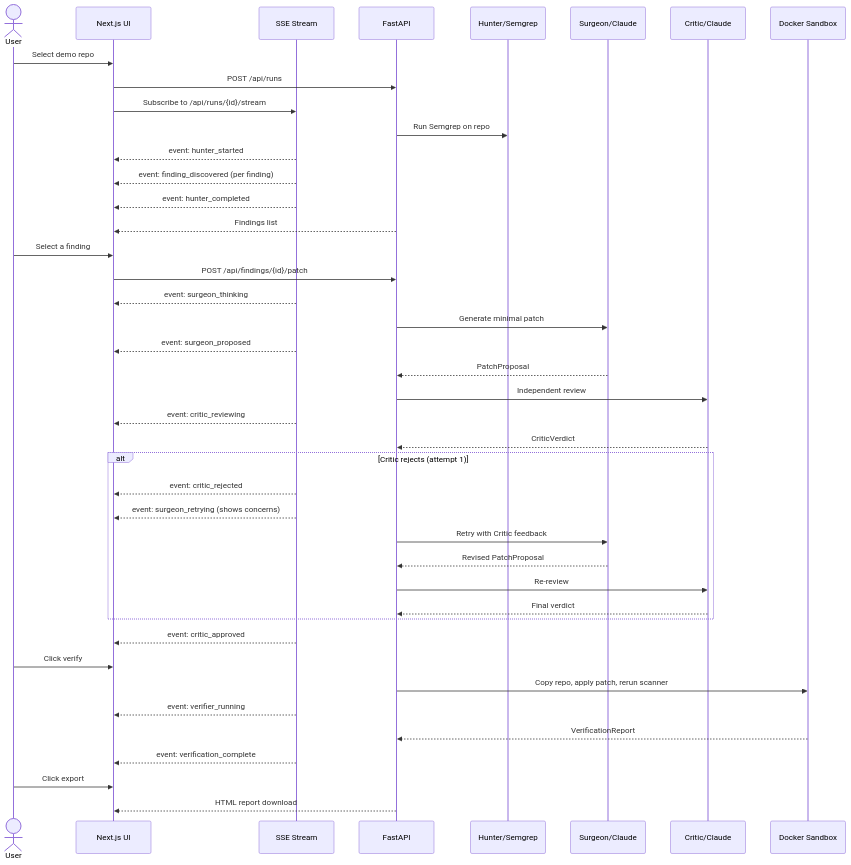
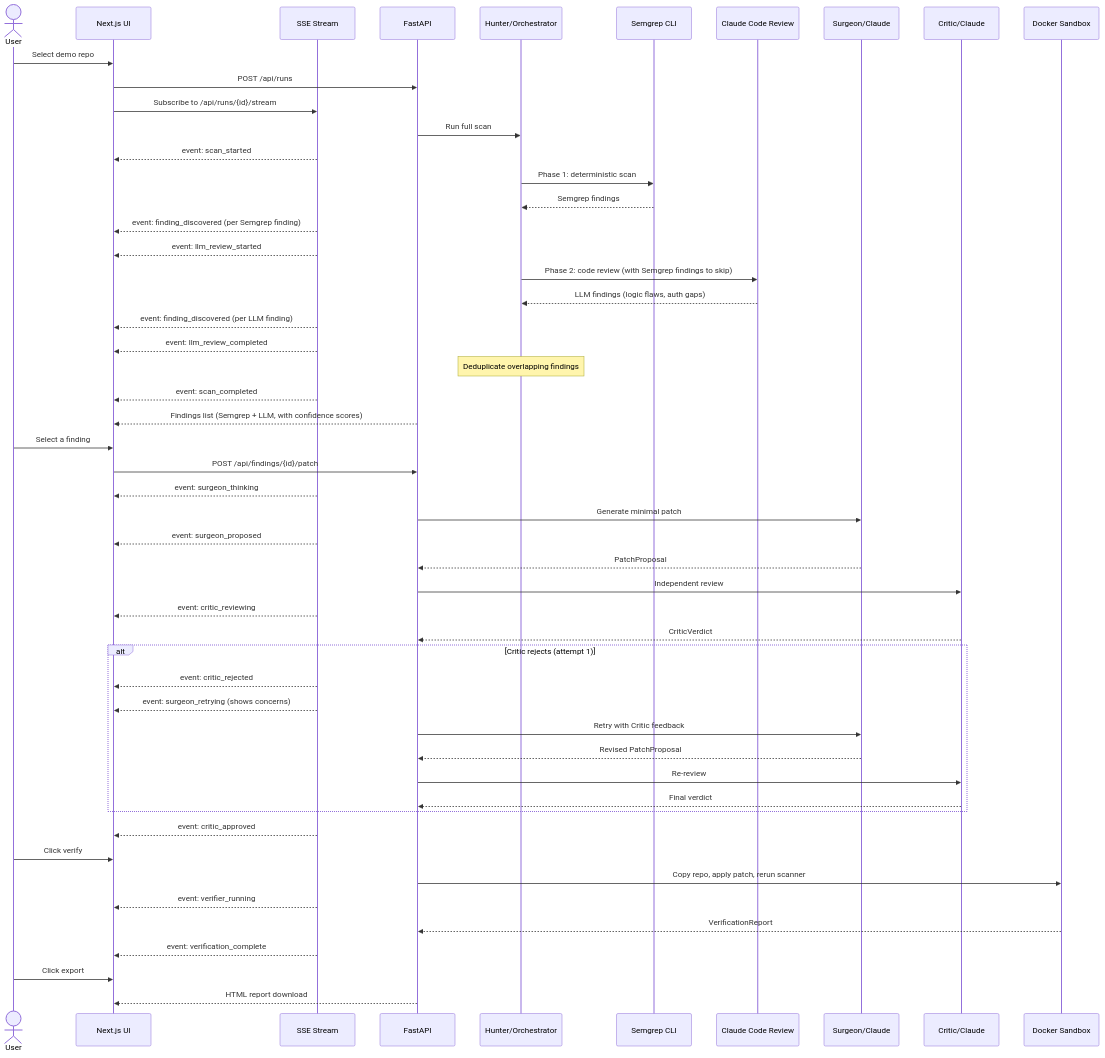
The second of 2 diagrams in PLAN.md (AnthonyJSaade/VIGIL), drawn with Mermaid before and after one commit. The commit also changed other lines of this file and 9 other files, not shown here.

First line of the commit message:
Expand Hunter into hybrid scan pipeline (Semgrep + Claude code review)

````diff
--- a/PLAN.md
+++ b/PLAN.md
@@ -63,51 +72,61 @@
 ```mermaid
 sequenceDiagram
   actor User
   participant UI as Next.js UI
   participant SSE as SSE Stream
   participant API as FastAPI
-  participant Hunter as Hunter/Semgrep
+  participant Hunter as Hunter/Orchestrator
+  participant Semgrep as Semgrep CLI
+  participant LLM as Claude Code Review
   participant Surgeon as Surgeon/Claude
   participant Critic as Critic/Claude
   participant Sandbox as Docker Sandbox
 
   User->>UI: Select demo repo
   UI->>API: POST /api/runs
   UI->>SSE: Subscribe to /api/runs/{id}/stream
-  API->>Hunter: Run Semgrep on repo
-  SSE-->>UI: event: hunter_started
-  SSE-->>UI: event: finding_discovered (per finding)
-  SSE-->>UI: event: hunter_completed
-  API-->>UI: Findings list
+  API->>Hunter: Run full scan
+  SSE-->>UI: event: scan_started
+  Hunter->>Semgrep: Phase 1: deterministic scan
+  Semgrep-->>Hunter: Semgrep findings
+  SSE-->>UI: event: finding_discovered (per Semgrep finding)
+  SSE-->>UI: event: llm_review_started
+  Hunter->>LLM: Phase 2: code review (with Semgrep findings to skip)
+  LLM-->>Hunter: LLM findings (logic flaws, auth gaps)
+  SSE-->>UI: event: finding_discovered (per LLM finding)
+  SSE-->>UI: event: llm_review_completed
+  Note over Hunter: Deduplicate overlapping findings
+  SSE-->>UI: event: scan_completed
+  API-->>UI: Findings list (Semgrep + LLM, with confidence scores)
 
   User->>UI: Select a finding
   UI->>API: POST /api/findings/{id}/patch
   SSE-->>UI: event: surgeon_thinking
   API->>Surgeon: Generate minimal patch
   SSE-->>UI: event: surgeon_proposed
   Surgeon-->>API: PatchProposal
 
   API->>Critic: Independent review
   SSE-->>UI: event: critic_reviewing
   Critic-->>API: CriticVerdict
 
   alt Critic rejects (attempt 1)
     SSE-->>UI: event: critic_rejected
     SSE-->>UI: event: surgeon_retrying (shows concerns)
     API->>Surgeon: Retry with Critic feedback
     Surgeon-->>API: Revised PatchProposal
     API->>Critic: Re-review
     Critic-->>API: Final verdict
   end
 
   SSE-->>UI: event: critic_approved
 
   User->>UI: Click verify
   API->>Sandbox: Copy repo, apply patch, rerun scanner
   SSE-->>UI: event: verifier_running
   Sandbox-->>API: VerificationReport
   SSE-->>UI: event: verification_complete
 
   User->>UI: Click export
   API-->>UI: HTML report download
 ```
````
